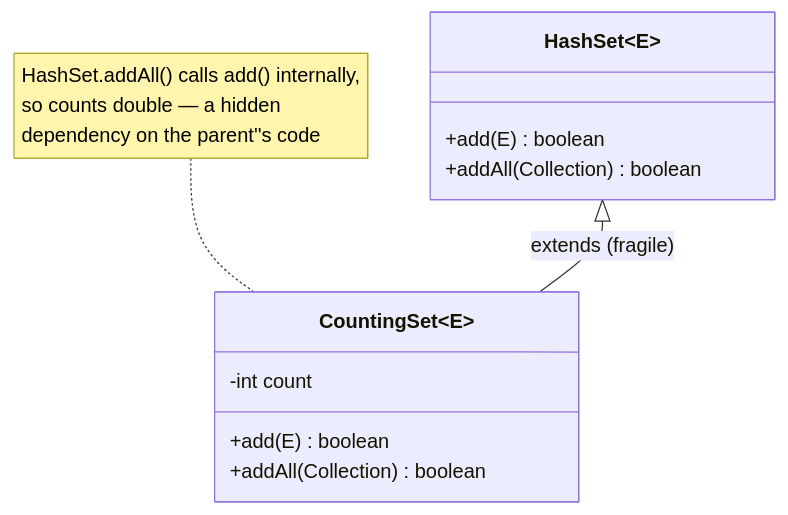
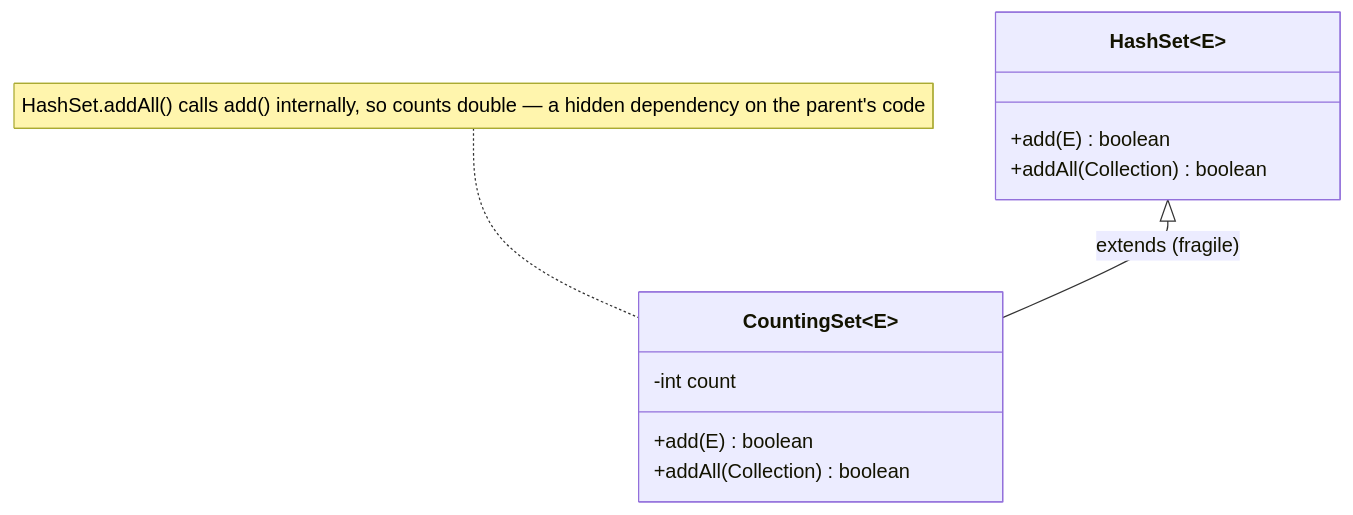
One commit to mohammad-mriesh-job/cortex changed the second of 2 diagrams in src/modules/oop/content/03-relationships/03-composition-over-inheritance.md. Above: the diagram before and after it, drawn with Mermaid. The commit also changed other lines of this file and 257 other files, not shown here.

````diff
--- a/src/modules/oop/content/03-relationships/03-composition-over-inheritance.md
+++ b/src/modules/oop/content/03-relationships/03-composition-over-inheritance.md
@@ -35,14 +35,14 @@
 ```mermaid
 classDiagram
     class HashSet~E~ {
       +add(E) boolean
       +addAll(Collection) boolean
     }
     class CountingSet~E~ {
       -int count
       +add(E) boolean
       +addAll(Collection) boolean
     }
     HashSet <|-- CountingSet : extends (fragile)
-    note for CountingSet "HashSet.addAll() calls add() internally,<br/>so counts double — a hidden<br/>dependency on the parent''s code"
+    note for CountingSet "HashSet.addAll() calls add() internally, so counts double — a hidden dependency on the parent's code"
 ```
````
